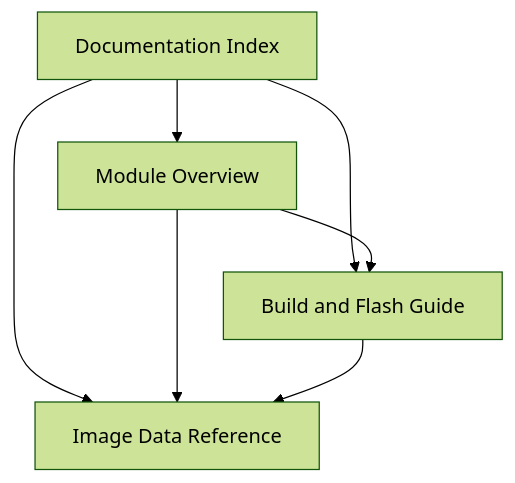
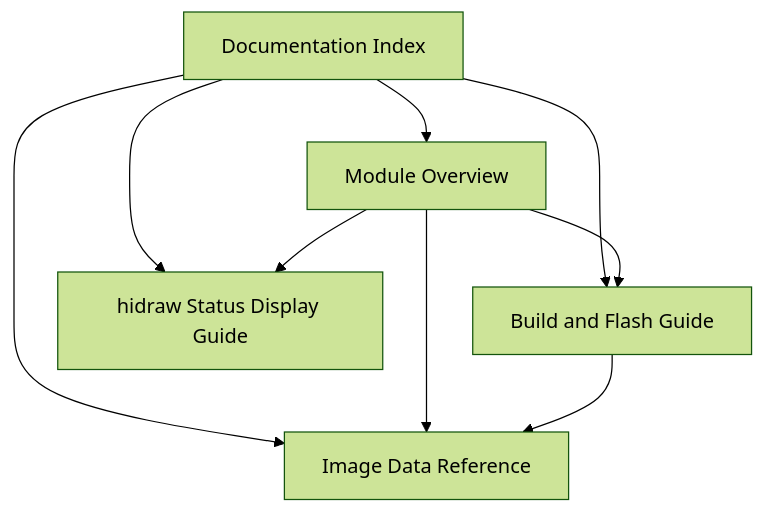
One commit to pirakansa/pico_inkpack_IDE changed the diagram in docs/README.md. Above: the diagram before and after it, drawn with Mermaid (forest theme). The commit also changed other lines of this file and 15 other files, not shown here.

First line of the commit message:
feat: add USB HID status display and related functionality

````diff
--- a/docs/README.md
+++ b/docs/README.md
@@ -15,9 +16,11 @@
 ```mermaid
 flowchart TD
     A[Documentation Index] --> B[Module Overview]
     A --> C[Build and Flash Guide]
     A --> D[Image Data Reference]
+    A --> E[hidraw Status Display Guide]
     B --> C
     B --> D
+    B --> E
     C --> D
 ```
````
